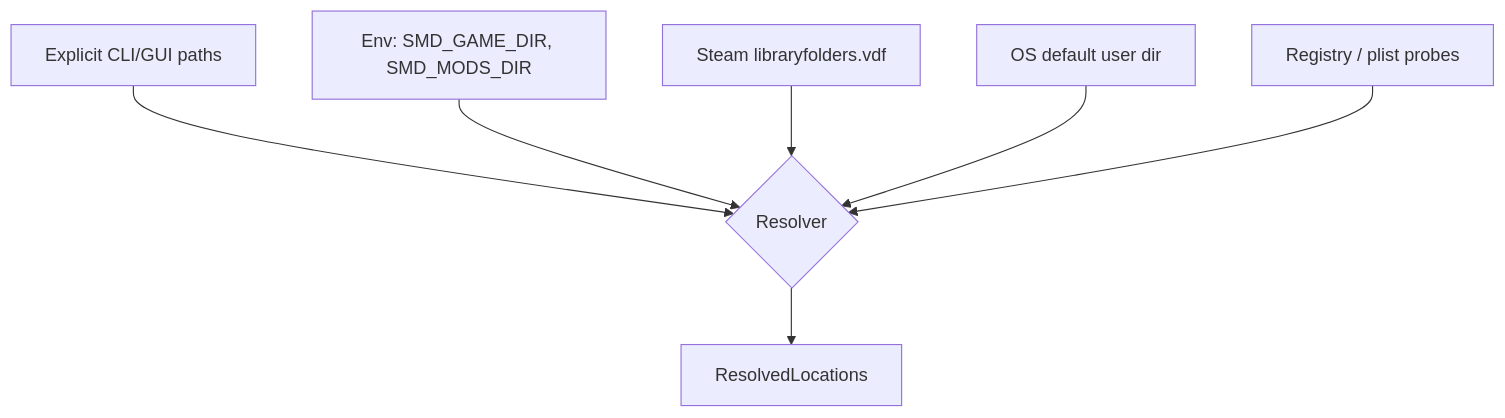
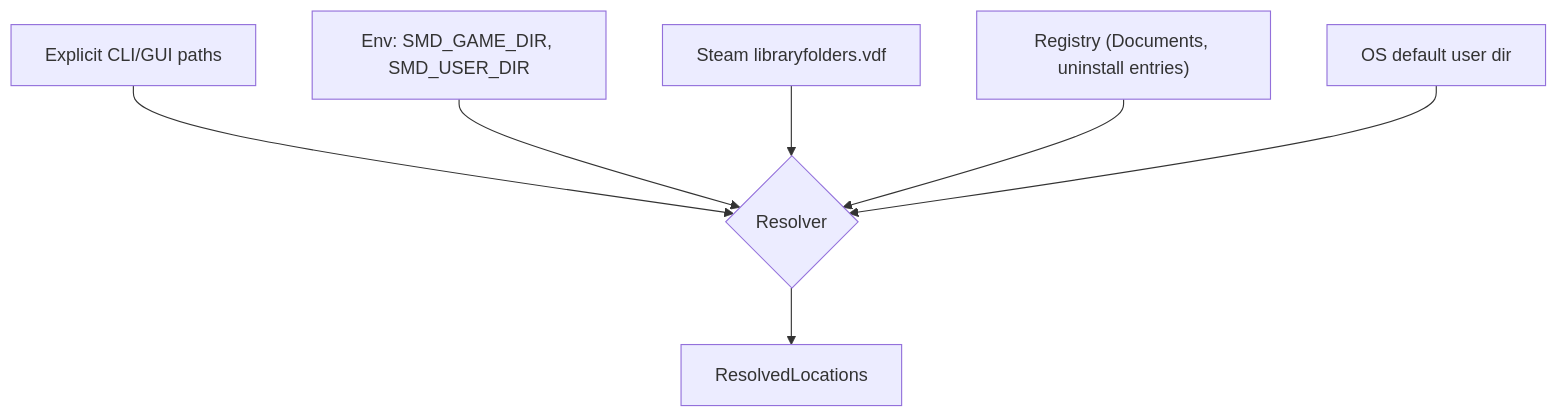
One commit to BrooklynD23/Mods-Tool-Stellaris changed the first of 2 diagrams in docs/architecture/05-ingest.md. Above: the diagram before and after it, drawn with Mermaid. The commit also changed other lines of this file and 34 other files, not shown here.

First line of the commit message:
feat: locate the game, user and workshop directories; smd locate

````diff
--- a/docs/architecture/05-ingest.md
+++ b/docs/architecture/05-ingest.md
@@ -9,9 +9,9 @@
 ```mermaid
 flowchart TB
     S1["Explicit CLI/GUI paths"] --> R{"Resolver"}
-    S2["Env: SMD_GAME_DIR, SMD_MODS_DIR"] --> R
+    S2["Env: SMD_GAME_DIR, SMD_USER_DIR"] --> R
     S3["Steam libraryfolders.vdf"] --> R
-    S4["OS default user dir"] --> R
-    S5["Registry / plist probes"] --> R
+    S4["Registry (Documents, uninstall entries)"] --> R
+    S5["OS default user dir"] --> R
     R --> OUT["ResolvedLocations"]
 ```
````
